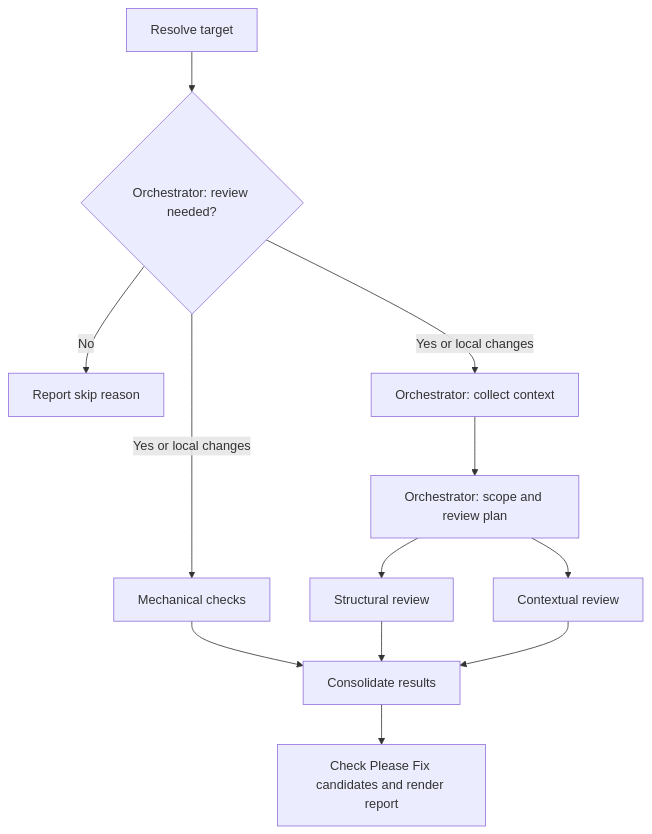
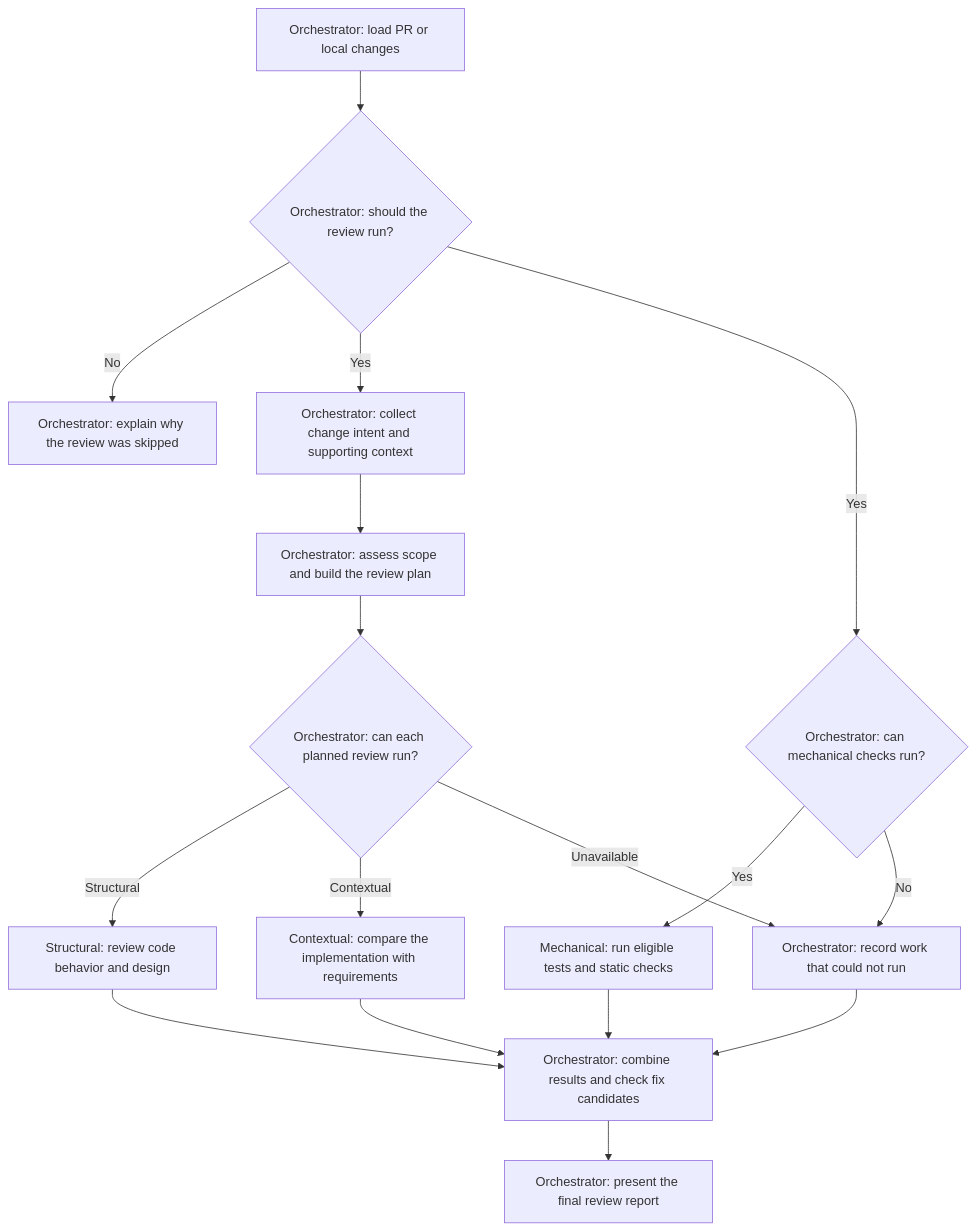
One commit to takuto-san/review changed the diagram in README.md. Above: the diagram before and after it, drawn with Mermaid. The commit also changed other lines of this file and 3 other files, not shown here.

Commit message:
Check agent eligibility before review execution

````diff
--- a/README.md
+++ b/README.md
@@ -58,14 +58,19 @@
 ```mermaid
 flowchart TD
-    A[Resolve target] --> B{Orchestrator: review needed?}
-    B -->|No| X[Report skip reason]
-    B -->|Yes or local changes| C[Orchestrator: collect context]
-    B -->|Yes or local changes| M[Mechanical checks]
-    C --> P[Orchestrator: scope and review plan]
-    P --> S[Structural review]
-    P --> T[Contextual review]
-    M --> V[Consolidate results]
+    A[Orchestrator: load PR or local changes] --> B{Orchestrator: should the review run?}
+    B -->|No| X[Orchestrator: explain why the review was skipped]
+    B -->|Yes| C[Orchestrator: collect change intent and supporting context]
+    B -->|Yes| E{Orchestrator: can mechanical checks run?}
+    E -->|Yes| M[Mechanical: run eligible tests and static checks]
+    E -->|No| U[Orchestrator: record work that could not run]
+    C --> P[Orchestrator: assess scope and build the review plan]
+    P --> L{Orchestrator: can each planned review run?}
+    L -->|Structural| S[Structural: review code behavior and design]
+    L -->|Contextual| T[Contextual: compare the implementation with requirements]
+    L -->|Unavailable| U
+    M --> V[Orchestrator: combine results and check fix candidates]
     S --> V
     T --> V
-    V --> R[Check Please Fix candidates and render report]
+    U --> V
+    V --> R[Orchestrator: present the final review report]
 ```
````
